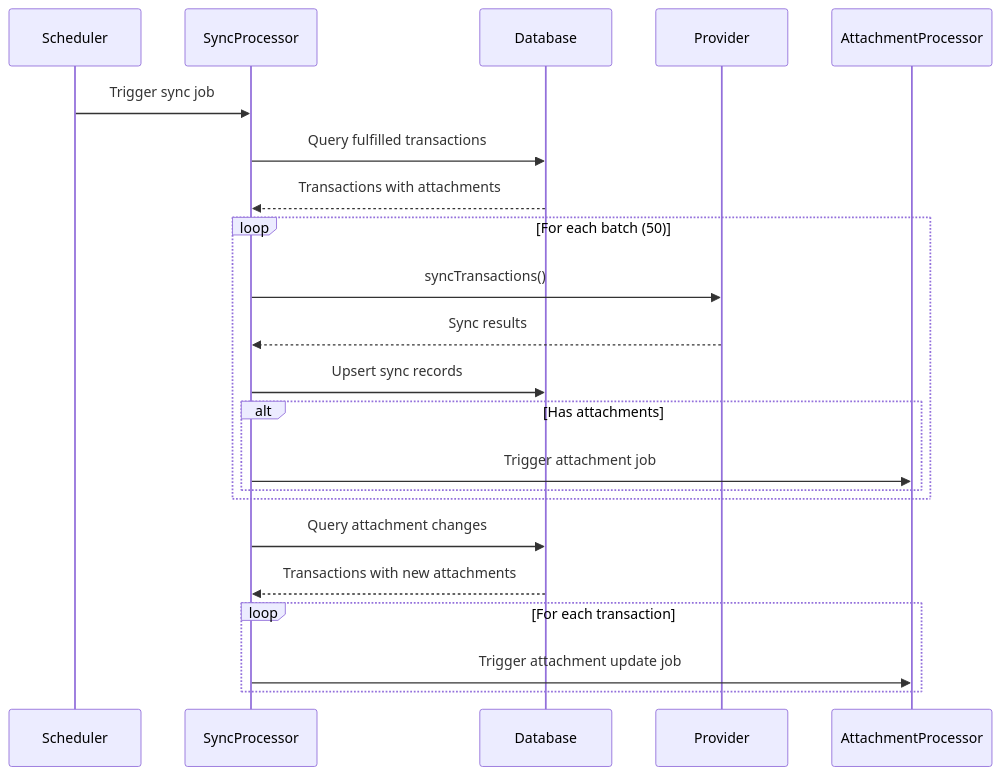
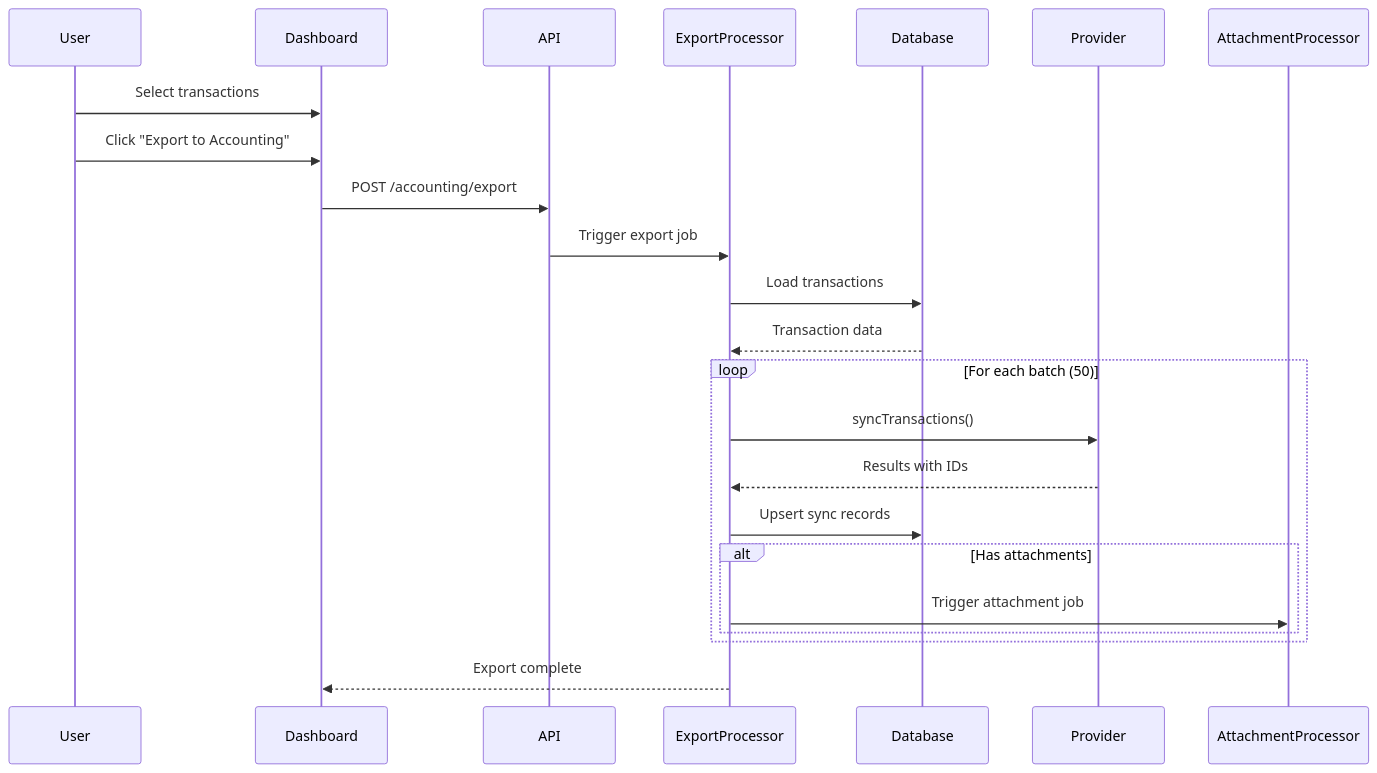
One commit to midday-ai/midday changed the second of 6 diagrams in packages/accounting/README.md. Above: the diagram before and after it, drawn with Mermaid. The commit also changed other lines of this file and 29 other files, not shown here.

````diff
--- a/packages/accounting/README.md
+++ b/packages/accounting/README.md
@@ -141,29 +140,29 @@
 ```mermaid
 sequenceDiagram
-    participant Scheduler
-    participant SyncProcessor
+    participant User
+    participant Dashboard
+    participant API
+    participant ExportProcessor
     participant Database
     participant Provider
     participant AttachmentProcessor
 
-    Scheduler->>SyncProcessor: Trigger sync job
-    SyncProcessor->>Database: Query fulfilled transactions
-    Database-->>SyncProcessor: Transactions with attachments
+    User->>Dashboard: Select transactions
+    User->>Dashboard: Click "Export to Accounting"
+    Dashboard->>API: POST /accounting/export
+    API->>ExportProcessor: Trigger export job
+    ExportProcessor->>Database: Load transactions
+    Database-->>ExportProcessor: Transaction data
     
     loop For each batch (50)
-        SyncProcessor->>Provider: syncTransactions()
-        Provider-->>SyncProcessor: Sync results
-        SyncProcessor->>Database: Upsert sync records
+        ExportProcessor->>Provider: syncTransactions()
+        Provider-->>ExportProcessor: Results with IDs
+        ExportProcessor->>Database: Upsert sync records
         
         alt Has attachments
-            SyncProcessor->>AttachmentProcessor: Trigger attachment job
+            ExportProcessor->>AttachmentProcessor: Trigger attachment job
         end
     end
     
-    SyncProcessor->>Database: Query attachment changes
-    Database-->>SyncProcessor: Transactions with new attachments
-    
-    loop For each transaction
-        SyncProcessor->>AttachmentProcessor: Trigger attachment update job
-    end
+    ExportProcessor-->>Dashboard: Export complete
 ```
````
